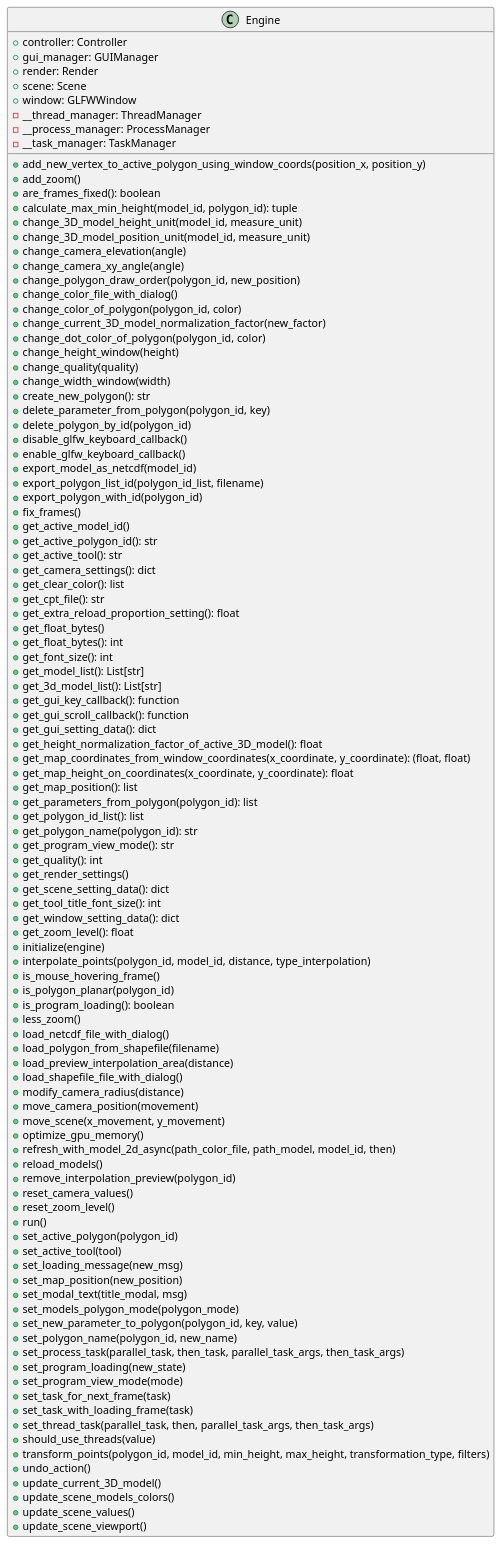
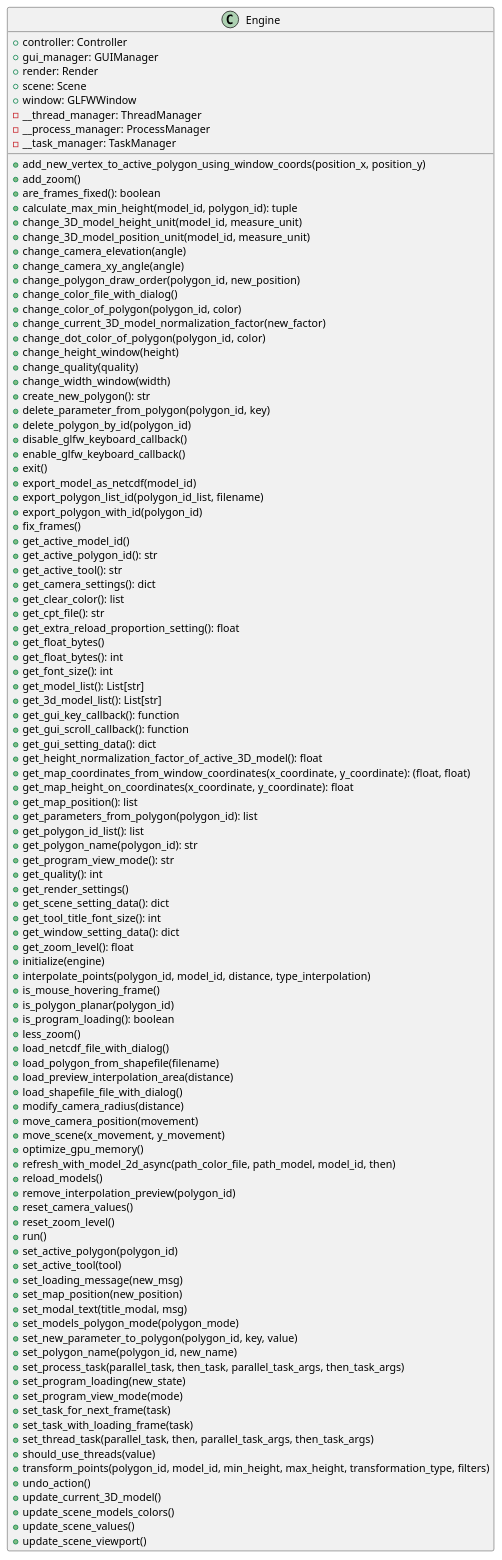
One commit to ferpoble2/Relief_Creator changed the diagram in docs/classes/Engine.puml. Above: the diagram before and after it, drawn with PlantUML. The commit also changed 3 other files, not shown here.

```diff
--- a/docs/classes/Engine.puml
+++ b/docs/classes/Engine.puml
@@ -1,109 +1,110 @@
 @startuml
 class Engine {
     + controller: Controller
     + gui_manager: GUIManager
     + render: Render
     + scene: Scene
     + window: GLFWWindow
     - __thread_manager: ThreadManager
     - __process_manager: ProcessManager
     - __task_manager: TaskManager
 
     + add_new_vertex_to_active_polygon_using_window_coords(position_x, position_y)
     + add_zoom()
     + are_frames_fixed(): boolean
     + calculate_max_min_height(model_id, polygon_id): tuple
     + change_3D_model_height_unit(model_id, measure_unit)
     + change_3D_model_position_unit(model_id, measure_unit)
     + change_camera_elevation(angle)
     + change_camera_xy_angle(angle)
     + change_polygon_draw_order(polygon_id, new_position)
     + change_color_file_with_dialog()
     + change_color_of_polygon(polygon_id, color)
     + change_current_3D_model_normalization_factor(new_factor)
     + change_dot_color_of_polygon(polygon_id,  color)
     + change_height_window(height)
     + change_quality(quality)
     + change_width_window(width)
     + create_new_polygon(): str
     + delete_parameter_from_polygon(polygon_id, key)
     + delete_polygon_by_id(polygon_id)
     + disable_glfw_keyboard_callback()
     + enable_glfw_keyboard_callback()
+    + exit()
     + export_model_as_netcdf(model_id)
     + export_polygon_list_id(polygon_id_list, filename)
     + export_polygon_with_id(polygon_id)
     + fix_frames()
     + get_active_model_id()
     + get_active_polygon_id(): str
     + get_active_tool(): str
     + get_camera_settings(): dict
     + get_clear_color(): list
     + get_cpt_file(): str
     + get_extra_reload_proportion_setting(): float
     + get_float_bytes()
     + get_float_bytes(): int
     + get_font_size(): int
     + get_model_list(): List[str]
     + get_3d_model_list(): List[str]
     + get_gui_key_callback(): function
     + get_gui_scroll_callback(): function
     + get_gui_setting_data(): dict
     + get_height_normalization_factor_of_active_3D_model(): float
     + get_map_coordinates_from_window_coordinates(x_coordinate, y_coordinate): (float, float)
     + get_map_height_on_coordinates(x_coordinate, y_coordinate): float
     + get_map_position(): list
     + get_parameters_from_polygon(polygon_id): list
     + get_polygon_id_list(): list
     + get_polygon_name(polygon_id): str
     + get_program_view_mode(): str
     + get_quality(): int
     + get_render_settings()
     + get_scene_setting_data(): dict
     + get_tool_title_font_size(): int
     + get_window_setting_data(): dict
     + get_zoom_level(): float
     + initialize(engine)
     + interpolate_points(polygon_id, model_id, distance, type_interpolation)
     + is_mouse_hovering_frame()
     + is_polygon_planar(polygon_id)
     + is_program_loading(): boolean
     + less_zoom()
     + load_netcdf_file_with_dialog()
     + load_polygon_from_shapefile(filename)
     + load_preview_interpolation_area(distance)
     + load_shapefile_file_with_dialog()
     + modify_camera_radius(distance)
     + move_camera_position(movement)
     + move_scene(x_movement, y_movement)
     + optimize_gpu_memory()
     + refresh_with_model_2d_async(path_color_file, path_model, model_id, then)
     + reload_models()
     + remove_interpolation_preview(polygon_id)
     + reset_camera_values()
     + reset_zoom_level()
     + run()
     + set_active_polygon(polygon_id)
     + set_active_tool(tool)
     + set_loading_message(new_msg)
     + set_map_position(new_position)
     + set_modal_text(title_modal, msg)
     + set_models_polygon_mode(polygon_mode)
     + set_new_parameter_to_polygon(polygon_id, key, value)
     + set_polygon_name(polygon_id, new_name)
     + set_process_task(parallel_task, then_task, parallel_task_args, then_task_args)
     + set_program_loading(new_state)
     + set_program_view_mode(mode)
     + set_task_for_next_frame(task)
     + set_task_with_loading_frame(task)
     + set_thread_task(parallel_task, then, parallel_task_args, then_task_args)
     + should_use_threads(value)
     + transform_points(polygon_id, model_id, min_height, max_height, transformation_type, filters)
     + undo_action()
     + update_current_3D_model()
     + update_scene_models_colors()
     + update_scene_values()
     + update_scene_viewport()
 }
 
 @enduml
```
